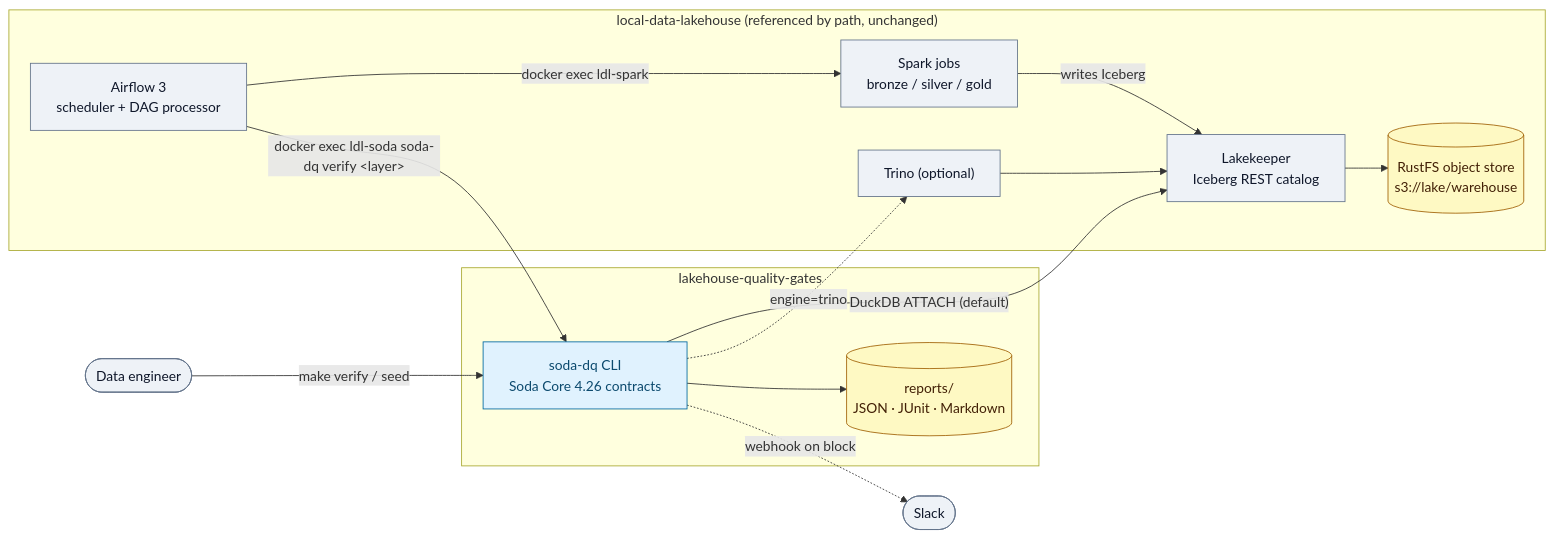
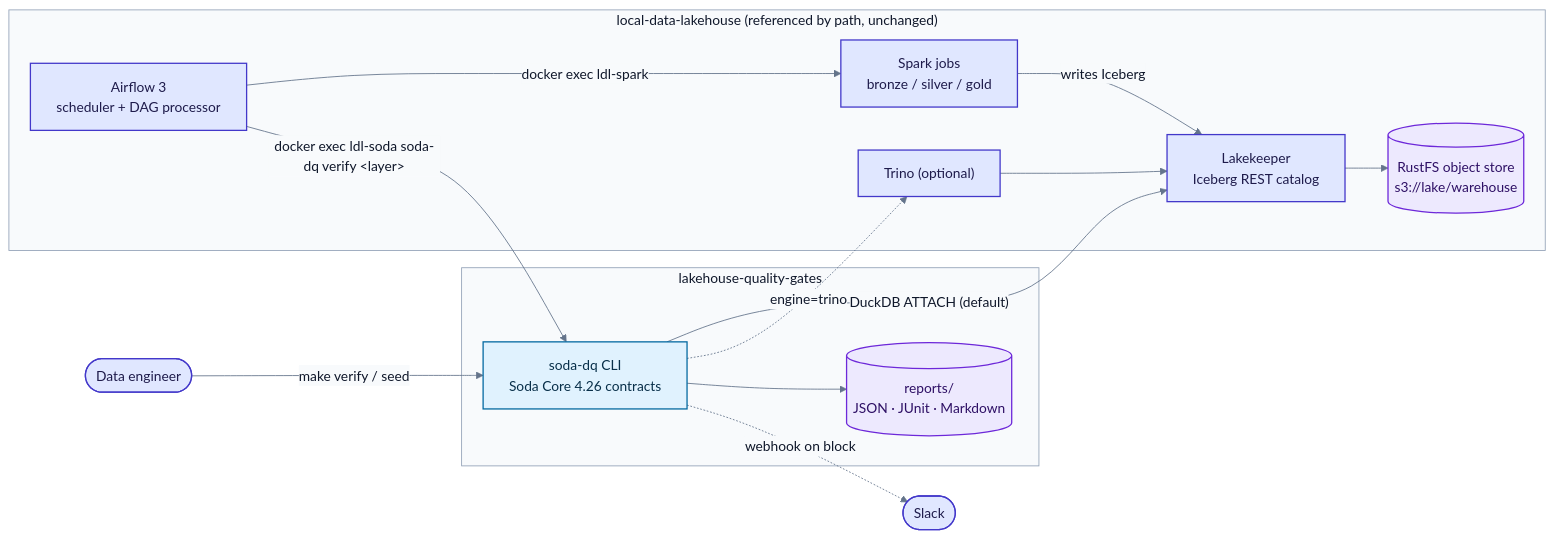
The diagram in docs/diagrams/01-system-context.mmd (santoshshinde2012/lakehouse-quality-gates), drawn with Mermaid before and after one commit. The commit also changed 20 other files, not shown here.

Commit message:
docs: overhaul README and architecture diagrams

```diff
--- a/docs/diagrams/01-system-context.mmd
+++ b/docs/diagrams/01-system-context.mmd
@@ -1,29 +1,32 @@
+%%{init: {"theme": "base", "themeVariables": {"fontFamily": "Inter, Segoe UI, Helvetica, Arial, sans-serif", "lineColor": "#64748b", "primaryTextColor": "#0f172a", "primaryColor": "#e0e7ff", "primaryBorderColor": "#4338ca", "secondaryColor": "#dcfce7", "tertiaryColor": "#f8fafc", "edgeLabelBackground": "#f8fafc", "actorBkg": "#e0e7ff", "actorBorder": "#4338ca", "noteBkgColor": "#fef3c7", "noteBorderColor": "#b45309", "signalColor": "#334155", "signalTextColor": "#0f172a"}}}%%
 flowchart LR
   ENG(["Data engineer"]):::ext
   SL(["Slack"]):::ext
   subgraph LDL["local-data-lakehouse (referenced by path, unchanged)"]
     AF["Airflow 3<br/>scheduler + DAG processor"]:::ext
     SP["Spark jobs<br/>bronze / silver / gold"]:::ext
     LK["Lakekeeper<br/>Iceberg REST catalog"]:::ext
     TR["Trino (optional)"]:::ext
     OS[("RustFS object store<br/>s3://lake/warehouse")]:::store
   end
   subgraph DQ["lakehouse-quality-gates"]
     CLI["soda-dq CLI<br/>Soda Core 4.26 contracts"]:::dq
     REP[("reports/<br/>JSON · JUnit · Markdown")]:::store
   end
   ENG -- "make verify / seed" --> CLI
   AF -- "docker exec ldl-spark" --> SP
   AF -- "docker exec ldl-soda soda-dq verify &lt;layer&gt;" --> CLI
   SP -- "writes Iceberg" --> LK
   CLI -- "DuckDB ATTACH (default)" --> LK
   CLI -. "engine=trino" .-> TR
   TR --> LK
   LK --> OS
   CLI --> REP
   CLI -. "webhook on block" .-> SL
-  classDef ext fill:#eef2f7,stroke:#64748b,color:#0f172a
-  classDef dq fill:#e0f2fe,stroke:#0369a1,color:#0c4a6e
-  classDef store fill:#fef9c3,stroke:#a16207,color:#422006
-  classDef gate fill:#dcfce7,stroke:#15803d,color:#14532d
-  classDef fail fill:#fee2e2,stroke:#b91c1c,color:#7f1d1d
+  classDef ext fill:#e0e7ff,stroke:#4338ca,stroke-width:1.5px,color:#1e1b4b
+  classDef dq fill:#e0f2fe,stroke:#0369a1,stroke-width:1.5px,color:#082f49
+  classDef store fill:#ede9fe,stroke:#6d28d9,stroke-width:1.5px,color:#2e1065
+  classDef gate fill:#dcfce7,stroke:#15803d,stroke-width:1.5px,color:#052e16
+  classDef fail fill:#fee2e2,stroke:#b91c1c,stroke-width:1.5px,color:#450a0a
+  style LDL fill:#f8fafc,stroke:#94a3b8,color:#0f172a
+  style DQ fill:#f8fafc,stroke:#94a3b8,color:#0f172a
```
